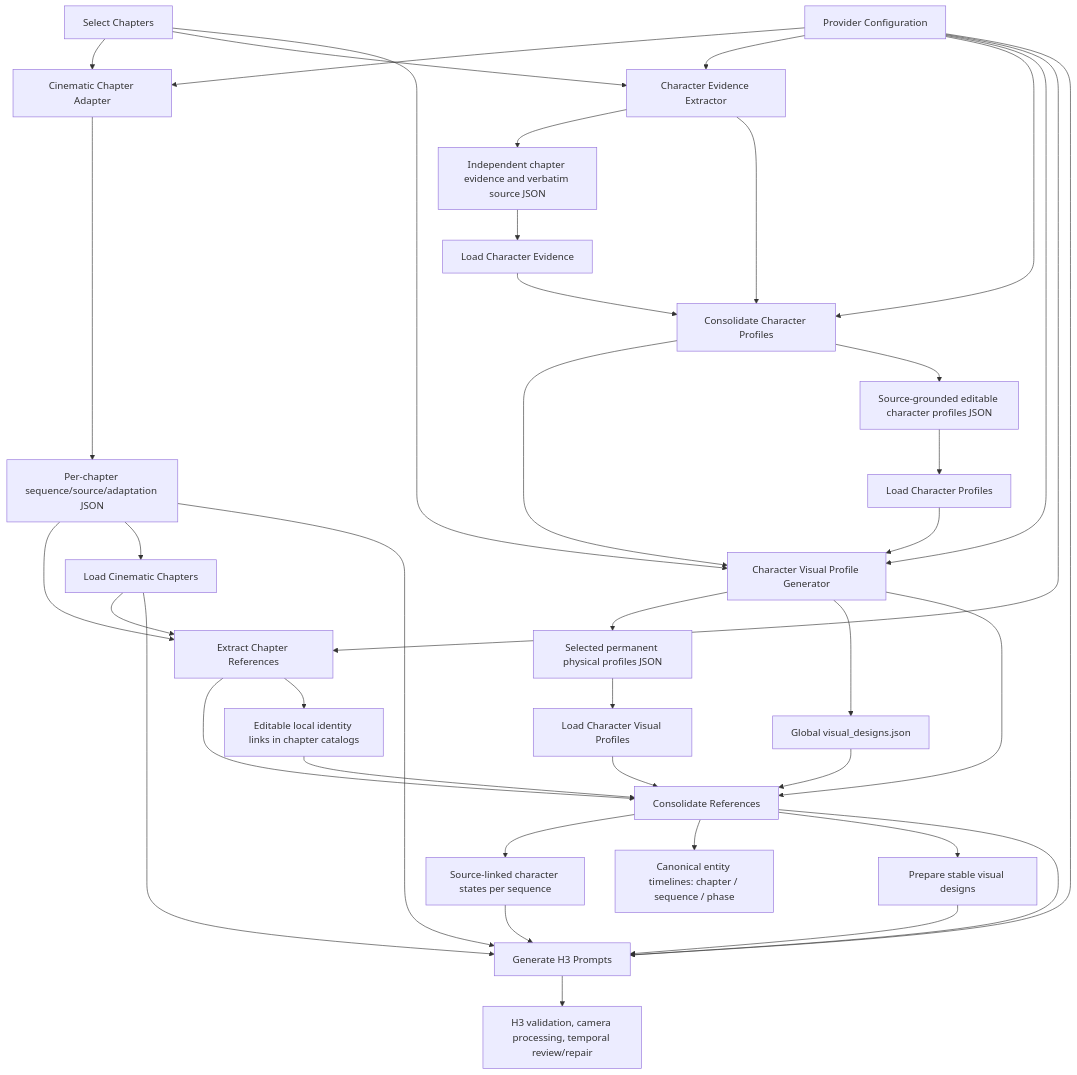
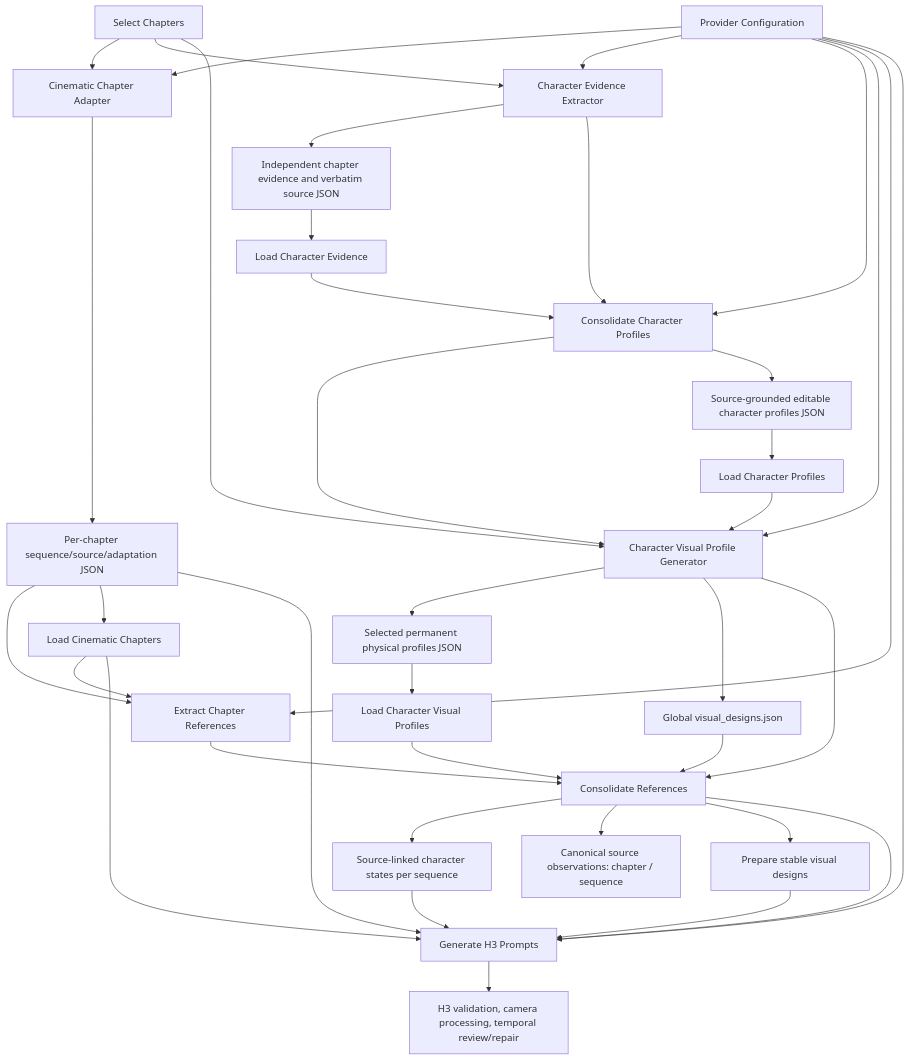
One commit to yuyuki/ComfyUI-Minimax_H3_Novel_Pipeline changed the first of 2 diagrams in docs/architecture.md. Above: the diagram before and after it, drawn with Mermaid. The commit also changed other lines of this file and 30 other files, not shown here.

First line of the commit message:
Refactor timeline versioning and enhance identity consolidation

````diff
--- a/docs/architecture.md
+++ b/docs/architecture.md
@@ -10,42 +10,40 @@
 ```mermaid
 flowchart TD
     selector["Select Chapters"] --> adapter["Cinematic Chapter Adapter"]
     config --> adapter
     selector --> evidence["Character Evidence Extractor"]
     config --> evidence
     evidence --> evidence_json["Independent chapter evidence and verbatim source JSON"]
     evidence_json --> evidence_loader["Load Character Evidence"]
     evidence --> profiles["Consolidate Character Profiles"]
     evidence_loader --> profiles
     config --> profiles
     profiles --> visual_profiles["Character Visual Profile Generator"]
     config --> visual_profiles
     selector --> visual_profiles
     visual_profiles --> visual_json["Selected permanent physical profiles JSON"]
     visual_profiles --> global_designs["Global visual_designs.json"]
     global_designs --> consolidate
     visual_profiles --> consolidate
     consolidate --> local_enrichment["Source-linked character states per sequence"]
     visual_json --> visual_loader["Load Character Visual Profiles"]
     visual_loader --> consolidate
     profiles --> profiles_json["Source-grounded editable character profiles JSON"]
     profiles_json --> profiles_loader["Load Character Profiles"]
     profiles_loader --> visual_profiles
     adapter --> adapted["Per-chapter sequence/source/adaptation JSON"]
     adapted --> extract
     adapted --> loader["Load Cinematic Chapters"]
     loader --> extract
     config["Provider Configuration"] --> extract["Extract Chapter References"]
     extract --> consolidate["Consolidate References"]
-    consolidate --> timeline["Canonical entity timelines: chapter / sequence / phase"]
-    extract --> local["Editable local identity links in chapter catalogs"]
-    local --> consolidate
+    consolidate --> timeline["Canonical source observations: chapter / sequence"]
     consolidate --> designs["Prepare stable visual designs"]
     designs --> generate["Generate H3 Prompts"]
     consolidate --> generate
     local_enrichment --> generate
     adapted --> generate
     loader --> generate
     config --> generate
     generate --> review["H3 validation, camera processing, temporal review/repair"]
 ```
````
